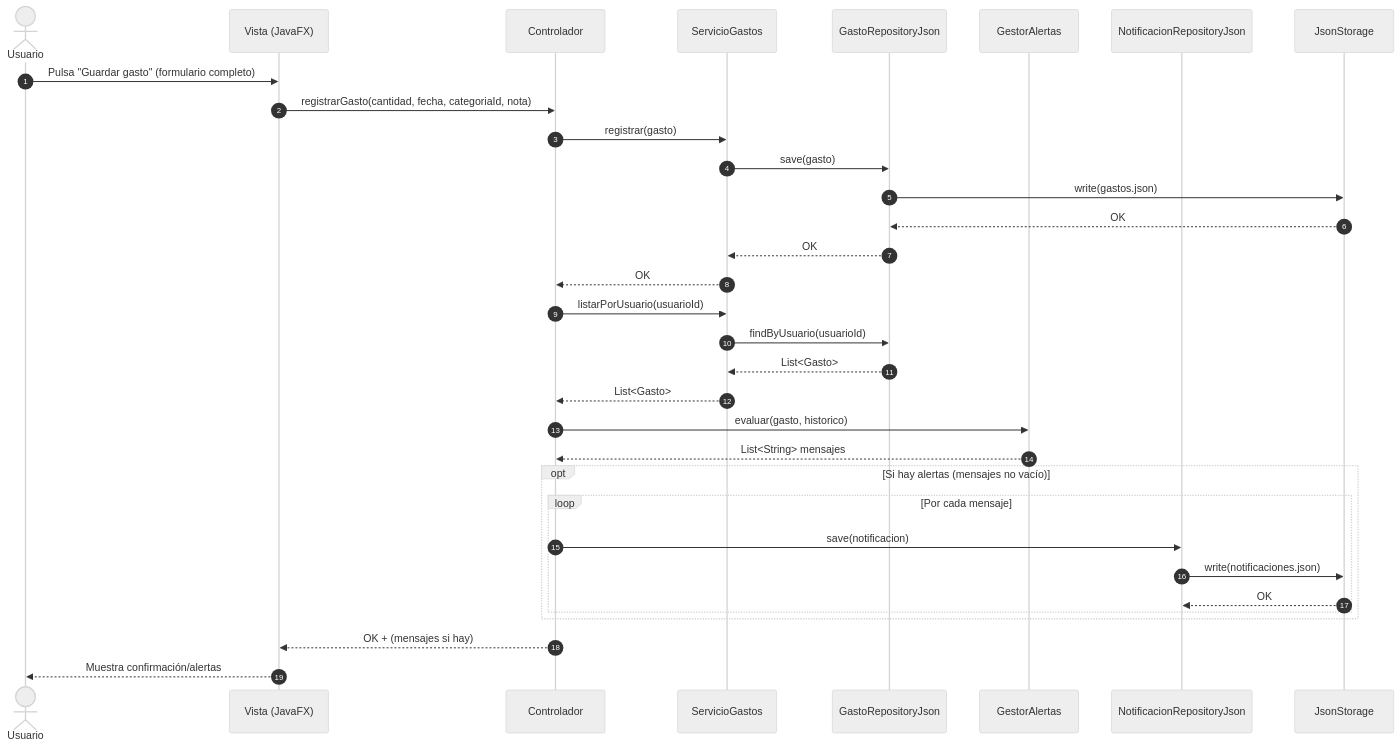
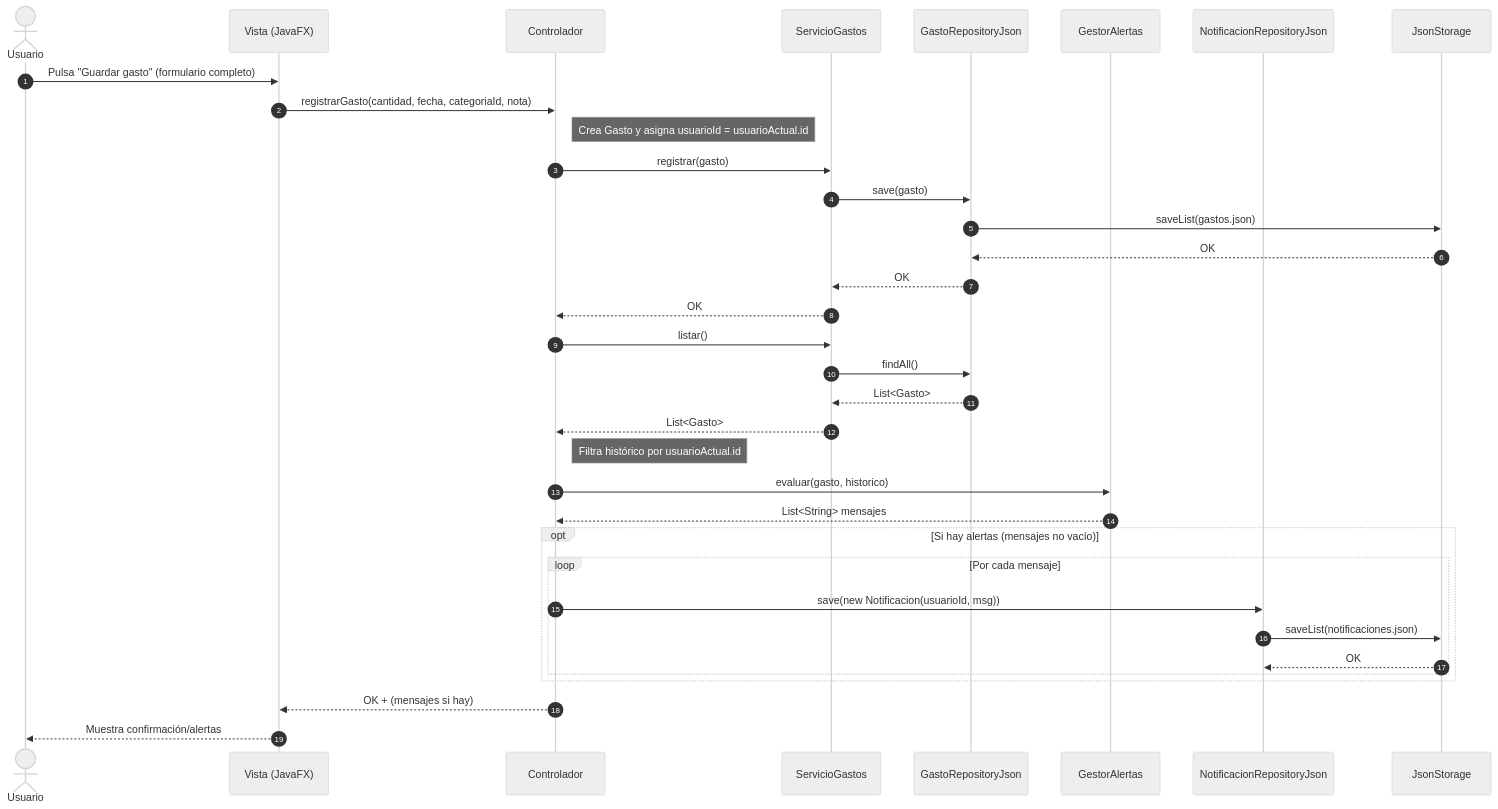
One commit to rodriibarcelo/GestionGastos changed the diagram in docs/3.diagrama_interaccion.md. Above: the diagram before and after it, drawn with Mermaid (neutral theme). The commit also changed other lines of this file, not shown here.

Commit message:
Update 3.diagrama_interaccion.md
corrección diagrama

````diff
--- a/docs/3.diagrama_interaccion.md
+++ b/docs/3.diagrama_interaccion.md
@@ -8,43 +8,45 @@
 ```mermaid
 sequenceDiagram
   autonumber
   actor U as Usuario
   participant V as Vista (JavaFX)
   participant C as Controlador
   participant SG as ServicioGastos
   participant GR as GastoRepositoryJson
   participant GA as GestorAlertas
   participant NR as NotificacionRepositoryJson
   participant JS as JsonStorage
 
   U->>V: Pulsa "Guardar gasto" (formulario completo)
   V->>C: registrarGasto(cantidad, fecha, categoriaId, nota)
 
+  note right of C: Crea Gasto y asigna usuarioId = usuarioActual.id
   C->>SG: registrar(gasto)
   SG->>GR: save(gasto)
-  GR->>JS: write(gastos.json)
+  GR->>JS: saveList(gastos.json)
   JS-->>GR: OK
   GR-->>SG: OK
   SG-->>C: OK
 
-  C->>SG: listarPorUsuario(usuarioId)
-  SG->>GR: findByUsuario(usuarioId)
+  C->>SG: listar()
+  SG->>GR: findAll()
   GR-->>SG: List<Gasto>
   SG-->>C: List<Gasto>
 
+  note right of C: Filtra histórico por usuarioActual.id
   C->>GA: evaluar(gasto, historico)
   GA-->>C: List<String> mensajes
 
   opt Si hay alertas (mensajes no vacío)
     loop Por cada mensaje
-      C->>NR: save(notificacion)
-      NR->>JS: write(notificaciones.json)
+      C->>NR: save(new Notificacion(usuarioId, msg))
+      NR->>JS: saveList(notificaciones.json)
       JS-->>NR: OK
     end
   end
 
   C-->>V: OK + (mensajes si hay)
   V-->>U: Muestra confirmación/alertas
 
 
 ```
````
